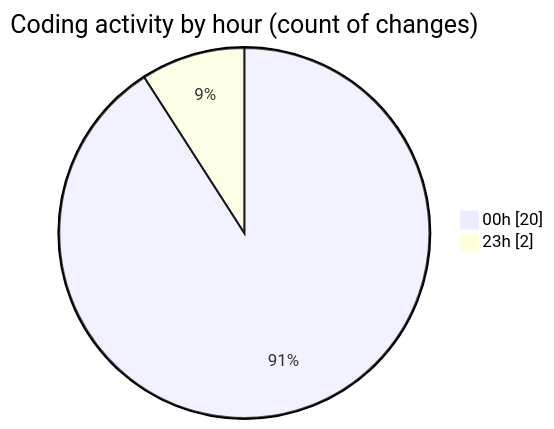
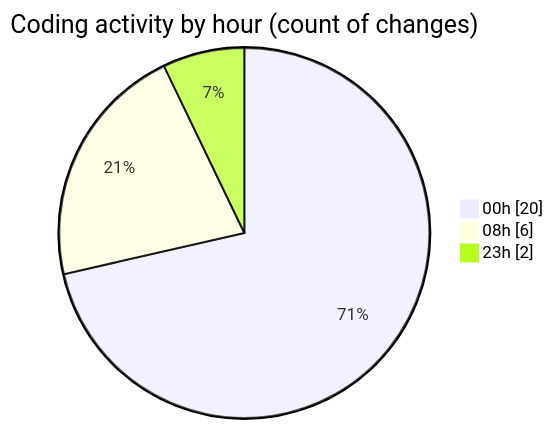
One commit to BS-eng2023/code-tracking changed the second of 2 diagrams in 2025-03-24/aufgabe_250321/README.md. Above: the diagram before and after it, drawn with Mermaid. The commit also changed other lines of this file and 1 other file, not shown here.

````diff
--- a/2025-03-24/aufgabe_250321/README.md
+++ b/2025-03-24/aufgabe_250321/README.md
@@ -32,6 +32,7 @@
 ```mermaid
 pie showData
 title Coding activity by hour (count of changes)
 "00h" : 20
+"08h" : 6
 "23h" : 2
 ```
````
